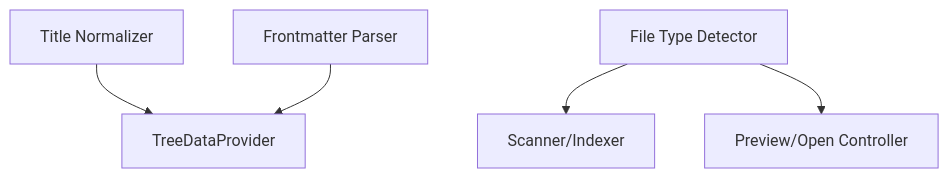
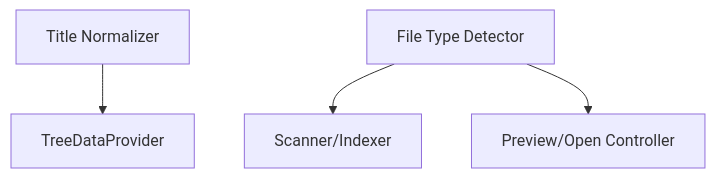
One commit to AlexJSully/workspace-wiki changed the diagram in docs/architecture/utilities.md. Above: the diagram before and after it, drawn with Mermaid. The commit also changed other lines of this file and 16 other files, not shown here.

````diff
--- a/docs/architecture/utilities.md
+++ b/docs/architecture/utilities.md
@@ -37,7 +71,6 @@
 ```mermaid
 flowchart TD
   A[Title Normalizer] --> B[TreeDataProvider]
-  C[Frontmatter Parser] --> B
-  D[File Type Detector] --> E[Scanner/Indexer]
-  D --> F[Preview/Open Controller]
+  C[File Type Detector] --> D[Scanner/Indexer]
+  C --> E[Preview/Open Controller]
 ```
````
